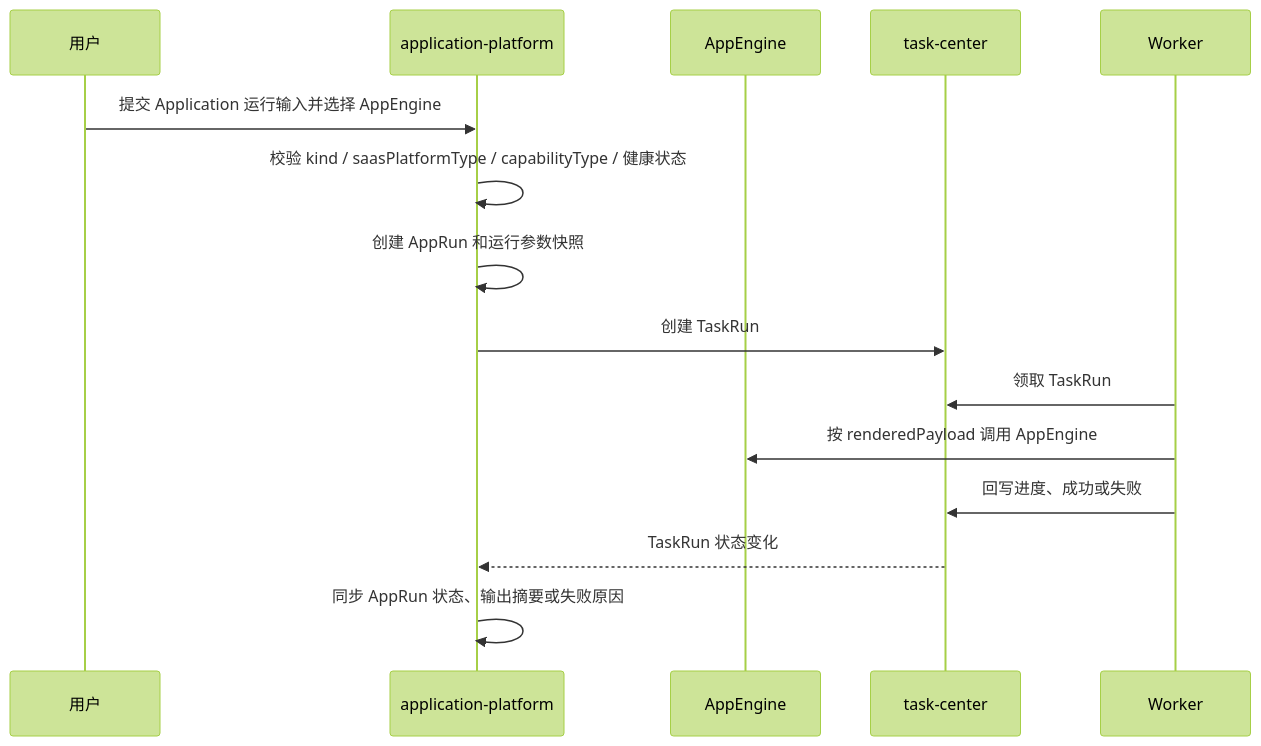
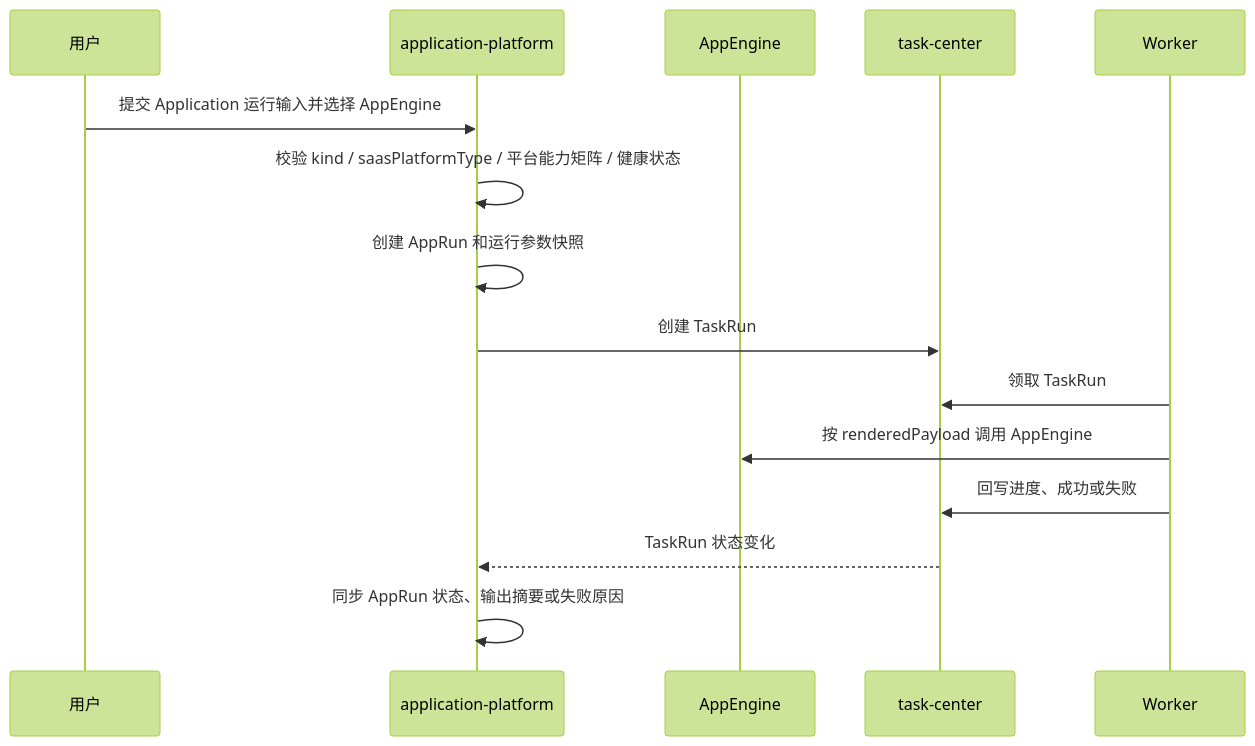
Before and after one commit to wangweihong/omnimam-spec: the third of 3 diagrams in 00_product/domains/application-platform/product-spec.md, drawn with Mermaid (forest theme). The commit also changed other lines of this file and 13 other files, not shown here.

````diff
--- a/00_product/domains/application-platform/product-spec.md
+++ b/00_product/domains/application-platform/product-spec.md
@@ -508,18 +508,18 @@
 ```mermaid
 sequenceDiagram
   participant User as 用户
   participant App as application-platform
   participant Engine as AppEngine
   participant Task as task-center
   participant Worker as Worker
 
   User->>App: 提交 Application 运行输入并选择 AppEngine
-  App->>App: 校验 kind / saasPlatformType / capabilityType / 健康状态
+  App->>App: 校验 kind / saasPlatformType / 平台能力矩阵 / 健康状态
   App->>App: 创建 AppRun 和运行参数快照
   App->>Task: 创建 TaskRun
   Worker->>Task: 领取 TaskRun
   Worker->>Engine: 按 renderedPayload 调用 AppEngine
   Worker->>Task: 回写进度、成功或失败
   Task-->>App: TaskRun 状态变化
   App->>App: 同步 AppRun 状态、输出摘要或失败原因
 ```
````
